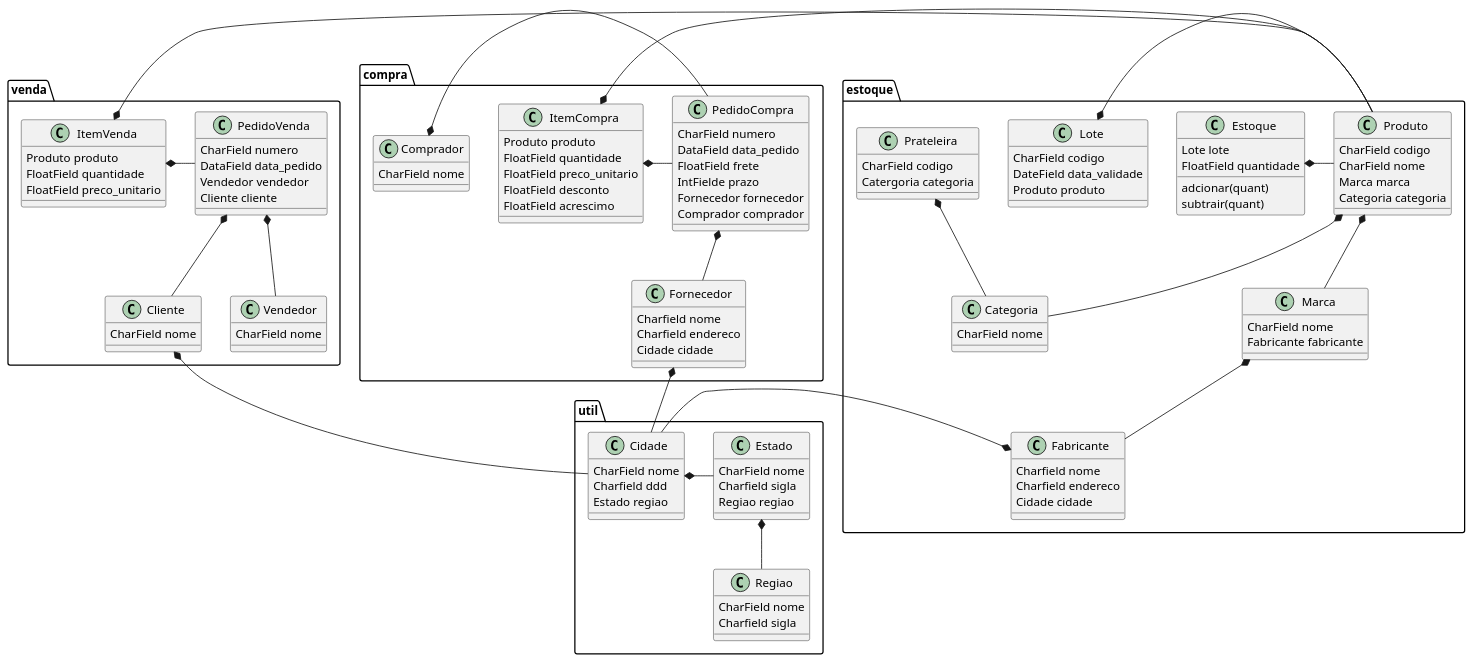
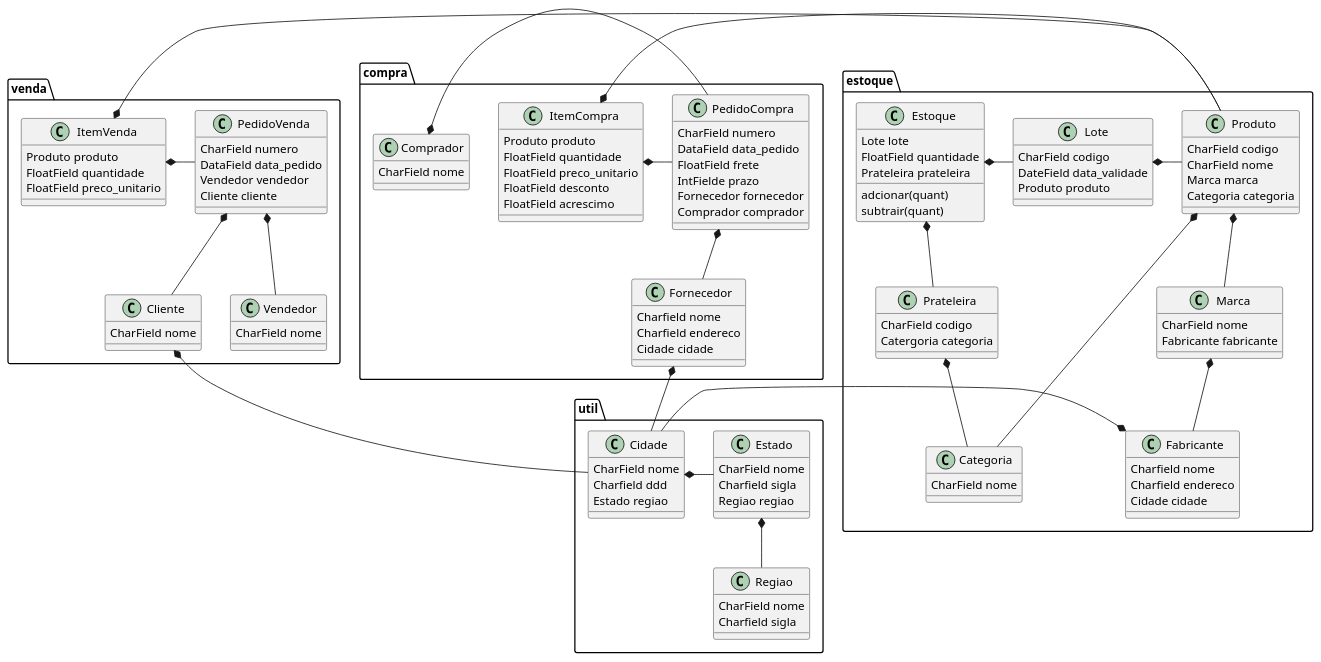
Before and after one commit to ivaneyvieira/erp: the diagram in modelo.plantuml, drawn with PlantUML. The commit also changed 2 other files, not shown here.

Commit message:
Coreção no diagrama

```diff
--- a/modelo.plantuml
+++ b/modelo.plantuml
@@ -1,139 +1,141 @@
 @startuml
 package util {
     class Regiao {
         CharField nome
         Charfield sigla
     }
 
     class Estado {
         CharField nome
         Charfield sigla
         Regiao regiao
     }
 
 
 
     class Cidade {
         CharField nome
         Charfield ddd
         Estado regiao
     }
 
     Estado  *-- Regiao
     Cidade  *- Estado 
 }
 
 package estoque {
     class Categoria {
         CharField nome
     }
     class Prateleira{
         CharField codigo
         Catergoria categoria
     }
 
     class Lote {
         CharField codigo
         DateField data_validade
         Produto produto
     }
 
     class Produto{
         CharField codigo
         CharField nome
         Marca marca
         Categoria categoria
     }
 
     class Marca{
         CharField nome
         Fabricante fabricante
     }
 
     class Fabricante{
         Charfield nome
         Charfield endereco
         Cidade cidade
     }
 
     class Estoque {
         Lote lote
         FloatField quantidade
+        Prateleira prateleira
 
         adcionar(quant)
         subtrair(quant)
     }
 
-    Estoque *- Produto    
+    Estoque *- Lote   
+    Estoque *-- Prateleira 
     Produto *-- Marca  
     Lote *- Produto
     Prateleira *-- Categoria
     Produto *-- Categoria  
     Marca *-- Fabricante
     Fabricante *- Cidade
 }
 
 package compra {
     class PedidoCompra{
         CharField numero
         DataField data_pedido
         FloatField frete
         IntFielde prazo
         Fornecedor fornecedor
         Comprador comprador 
     }
 
     class ItemCompra{
         Produto produto
         FloatField quantidade
         FloatField preco_unitario
         FloatField desconto
         FloatField acrescimo
     }
 
     class Fornecedor{
         Charfield nome
         Charfield endereco
         Cidade cidade        
     }
 
     class Comprador{
         CharField nome
     }
 
     ItemCompra *- PedidoCompra
     ItemCompra *- Produto
     PedidoCompra *-- Fornecedor
     Fornecedor *-- Cidade
     Comprador *- PedidoCompra
 }
 
 package venda {
     class PedidoVenda{
         CharField numero
         DataField data_pedido
         Vendedor vendedor
         Cliente cliente
     }
 
     class ItemVenda{
         Produto produto
         FloatField quantidade
         FloatField preco_unitario
     }
 
     class Cliente{
         CharField nome
     }
 
     class Vendedor{
         CharField nome
     }
 
     ItemVenda *- PedidoVenda
     ItemVenda *- Produto
     PedidoVenda *-- Cliente
     PedidoVenda *-- Vendedor
     Cliente *- Cidade
 }
 @enduml
```
